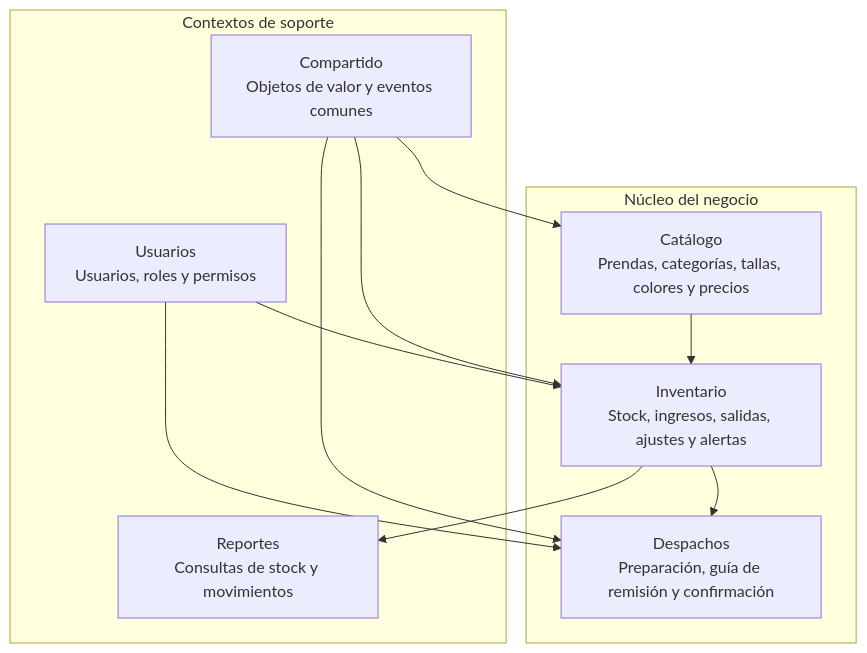
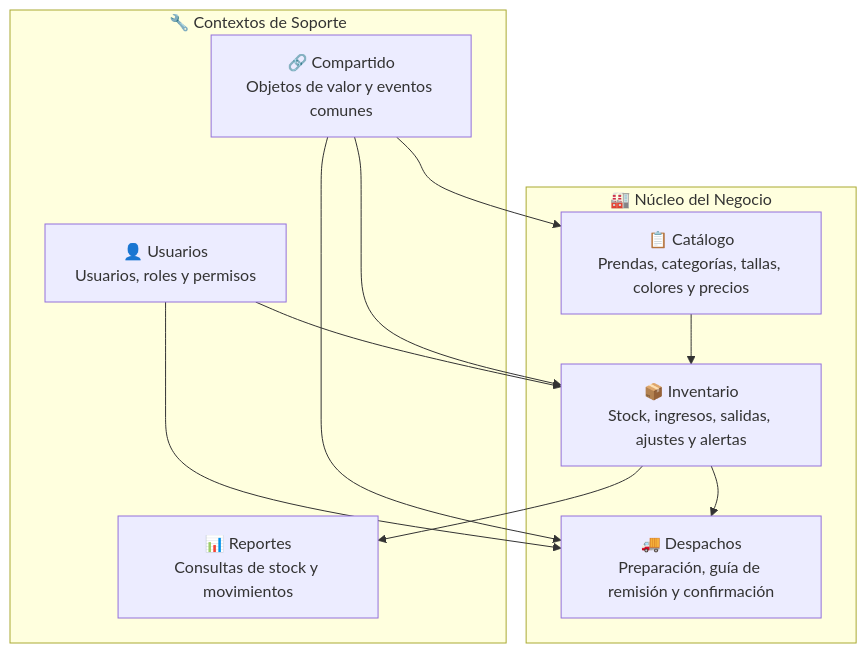
Before and after one commit to javierRock/SoftwareTextil: the third of 9 diagrams in README.md, drawn with Mermaid. The commit also changed other lines of this file and 9 other files, not shown here.

````diff
--- a/README.md
+++ b/README.md
@@ -437,23 +461,23 @@
 ```mermaid
 flowchart TB
-    subgraph Core["Núcleo del negocio"]
-        Catalogo["Catálogo\nPrendas, categorías, tallas, colores y precios"]
-        Inventario["Inventario\nStock, ingresos, salidas, ajustes y alertas"]
-        Despachos["Despachos\nPreparación, guía de remisión y confirmación"]
+    subgraph Core["🏭 Núcleo del Negocio"]
+        Catalogo["📋 Catálogo\nPrendas, categorías, tallas, colores y precios"]
+        Inventario["📦 Inventario\nStock, ingresos, salidas, ajustes y alertas"]
+        Despachos["🚚 Despachos\nPreparación, guía de remisión y confirmación"]
     end
 
-    subgraph Soporte["Contextos de soporte"]
-        Usuarios["Usuarios\nUsuarios, roles y permisos"]
-        Reportes["Reportes\nConsultas de stock y movimientos"]
-        Compartido["Compartido\nObjetos de valor y eventos comunes"]
+    subgraph Soporte["🔧 Contextos de Soporte"]
+        Usuarios["👤 Usuarios\nUsuarios, roles y permisos"]
+        Reportes["📊 Reportes\nConsultas de stock y movimientos"]
+        Compartido["🔗 Compartido\nObjetos de valor y eventos comunes"]
     end
 
     Catalogo --> Inventario
     Inventario --> Despachos
     Inventario --> Reportes
     Usuarios --> Inventario
     Usuarios --> Despachos
     Compartido --> Catalogo
     Compartido --> Inventario
     Compartido --> Despachos
 ```
````
